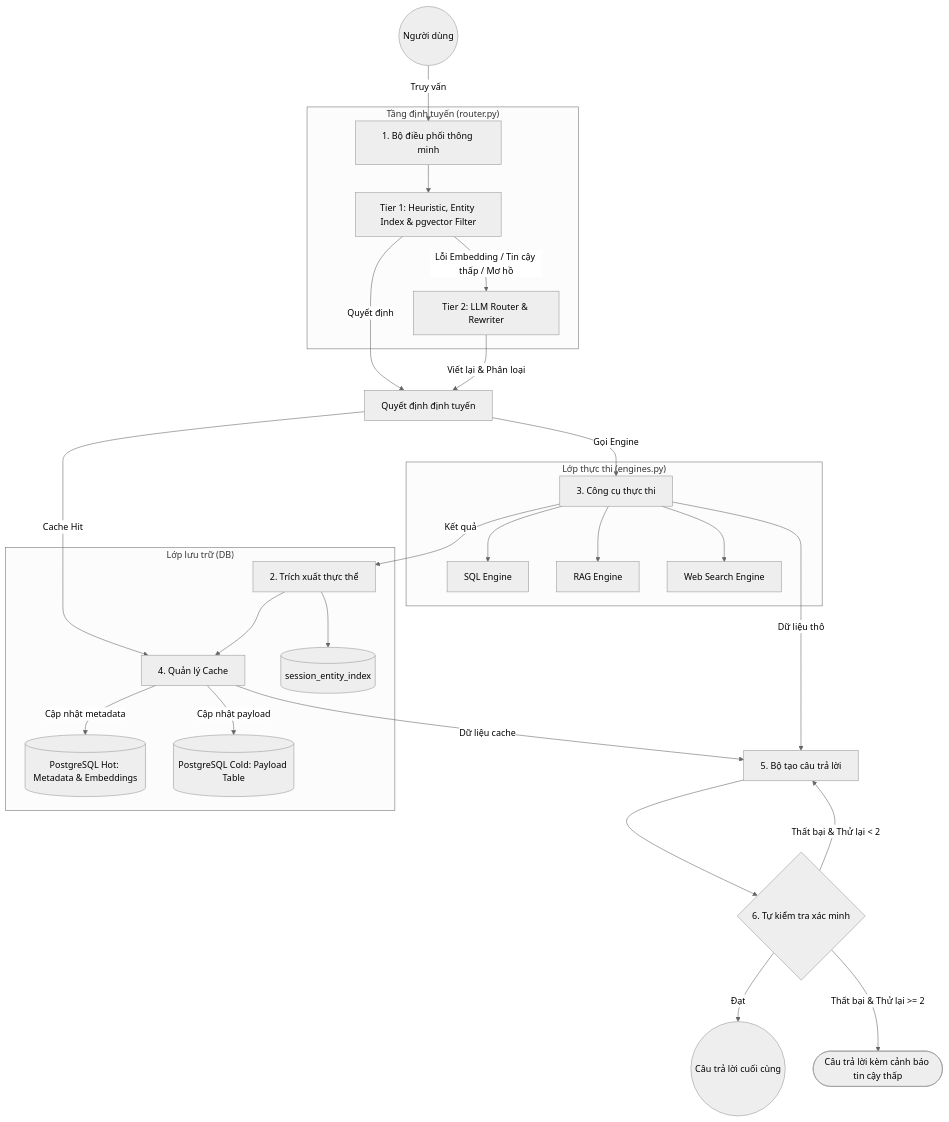
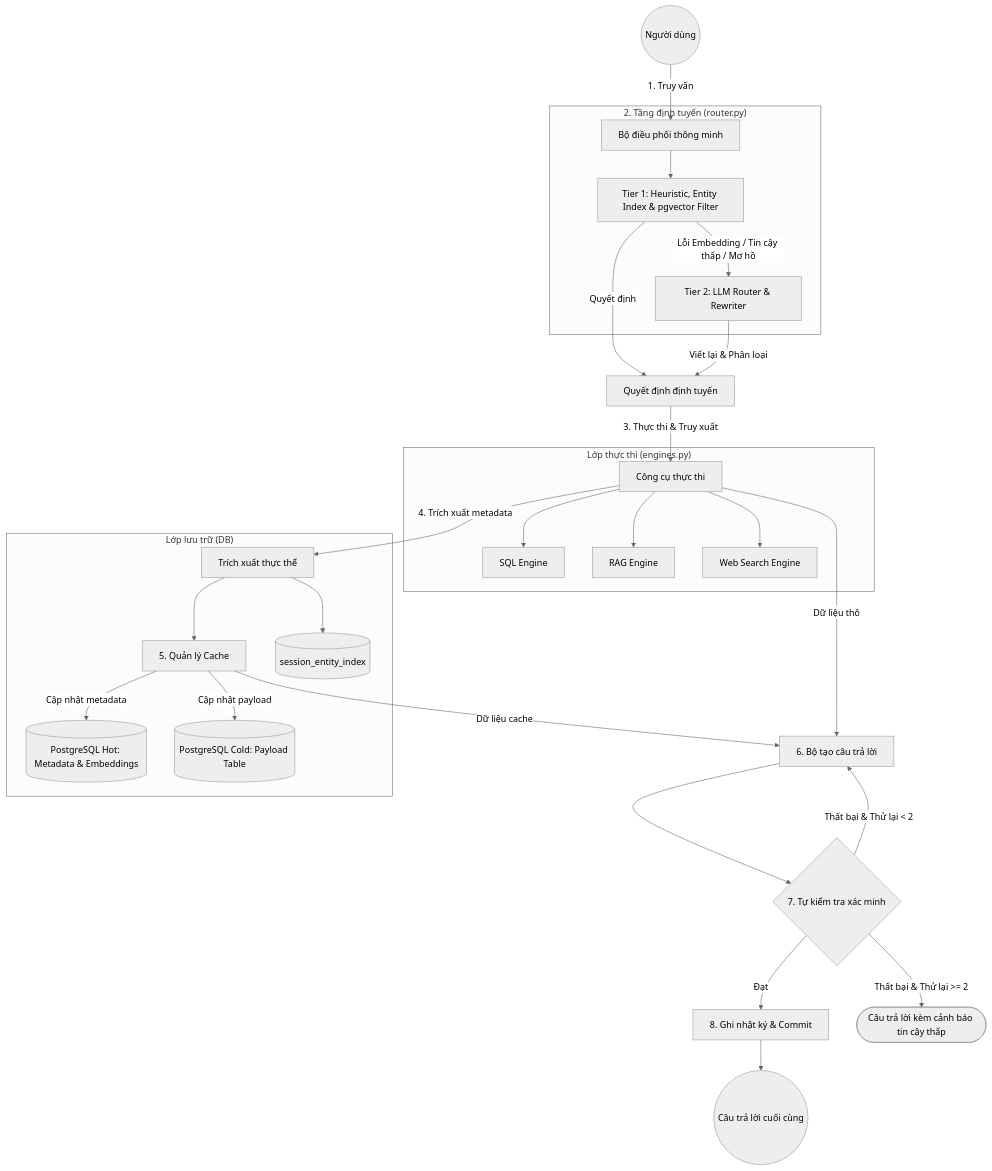
Before and after one commit to TCTri205/Tro-li-ao-Javis: the diagram in multi-turn-context-manager/docs/architecture_overview.md, drawn with Mermaid (neutral theme). The commit also changed other lines of this file and 5 other files, not shown here.

````diff
--- a/multi-turn-context-manager/docs/architecture_overview.md
+++ b/multi-turn-context-manager/docs/architecture_overview.md
@@ -9,38 +9,38 @@
 ```mermaid
 graph TD
-    User((Người dùng)) -->|Truy vấn| Orch[1. Bộ điều phối thông minh]
+    User((Người dùng)) -->|1. Truy vấn| Orch[Bộ điều phối thông minh]
     
-    subgraph "Tầng định tuyến (router.py)"
+    subgraph "2. Tầng định tuyến (router.py)"
         Orch --> T1[Tier 1: Heuristic, Entity Index & pgvector Filter]
         T1 -->|Lỗi Embedding / Tin cậy thấp / Mơ hồ| T2[Tier 2: LLM Router & Rewriter]
     end
     
     T1 -->|Quyết định| Decision[Quyết định định tuyến]
     T2 -->|Viết lại & Phân loại| Decision
     
-    Decision -->|Cache Hit| CacheMgr
-    Decision -->|Gọi Engine| Engines[3. Công cụ thực thi]
+    Decision -->|3. Thực thi & Truy xuất| Engines[Công cụ thực thi]
     
     subgraph "Lớp thực thi (engines.py)"
         Engines --> SQL[SQL Engine]
         Engines --> RAG[RAG Engine]
         Engines --> WEB[Web Search Engine]
     end
     
-    Engines -->|Kết quả| EntityExtractor[2. Trích xuất thực thể]
-    EntityExtractor --> CacheMgr[4. Quản lý Cache]
+    Engines -->|4. Trích xuất metadata| EntityExtractor[Trích xuất thực thể]
+    EntityExtractor --> CacheMgr[5. Quản lý Cache]
     
     subgraph "Lớp lưu trữ (DB)"
         CacheMgr -->|Cập nhật metadata| DB_Hot[(PostgreSQL Hot: Metadata & Embeddings)]
         CacheMgr -->|Cập nhật payload| DB_Cold[(PostgreSQL Cold: Payload Table)]
         EntityExtractor --> DB_Entity[(session_entity_index)]
     end
     
-    Engines -->|Dữ liệu thô| LLM[5. Bộ tạo câu trả lời]
+    Engines -->|Dữ liệu thô| LLM[6. Bộ tạo câu trả lời]
     CacheMgr -->|Dữ liệu cache| LLM
     
-    LLM --> Verify{6. Tự kiểm tra xác minh}
-    Verify -->|Đạt| Response((Câu trả lời cuối cùng))
+    LLM --> Verify{7. Tự kiểm tra xác minh}
+    Verify -->|Đạt| Logging[8. Ghi nhật ký & Commit]
+    Logging --> Response((Câu trả lời cuối cùng))
     Verify -->|Thất bại & Thử lại < 2| LLM
     Verify -->|Thất bại & Thử lại >= 2| FallbackResponse([Câu trả lời kèm cảnh báo tin cậy thấp])
 ```
````
